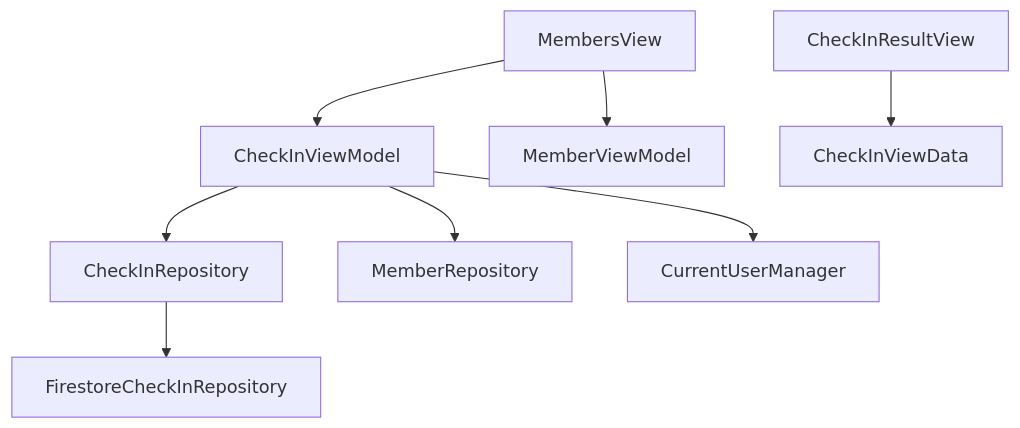
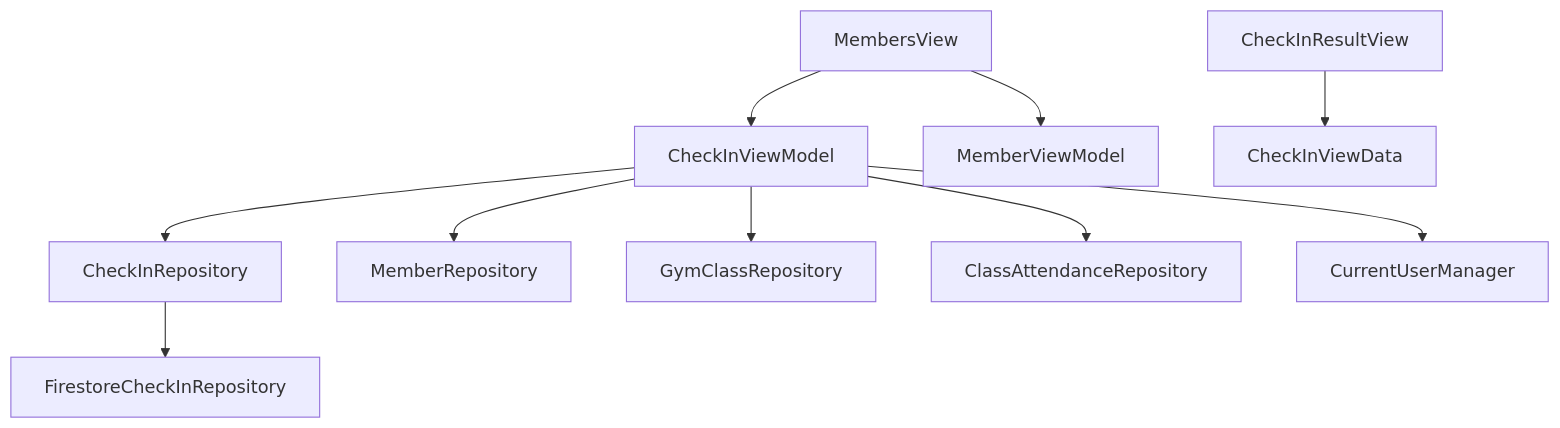
One commit to fsaldivar-dev/sajarubox-mcp changed the first of 2 diagrams in knowledge/ios-implementation/07-checkin-module.md. Above: the diagram before and after it, drawn with Mermaid. The commit also changed other lines of this file and 15 other files, not shown here.

````diff
--- a/knowledge/ios-implementation/07-checkin-module.md
+++ b/knowledge/ios-implementation/07-checkin-module.md
@@ -28,10 +28,12 @@
 ```mermaid
 graph TD
     MembersView --> CheckInViewModel
     MembersView --> MemberViewModel
     CheckInViewModel --> CheckInRepository
     CheckInViewModel --> MemberRepository
+    CheckInViewModel --> GymClassRepository
+    CheckInViewModel --> ClassAttendanceRepository
     CheckInViewModel --> CurrentUserManager
     CheckInRepository --> FirestoreCheckInRepository
     CheckInResultView --> CheckInViewData
 ```
````
